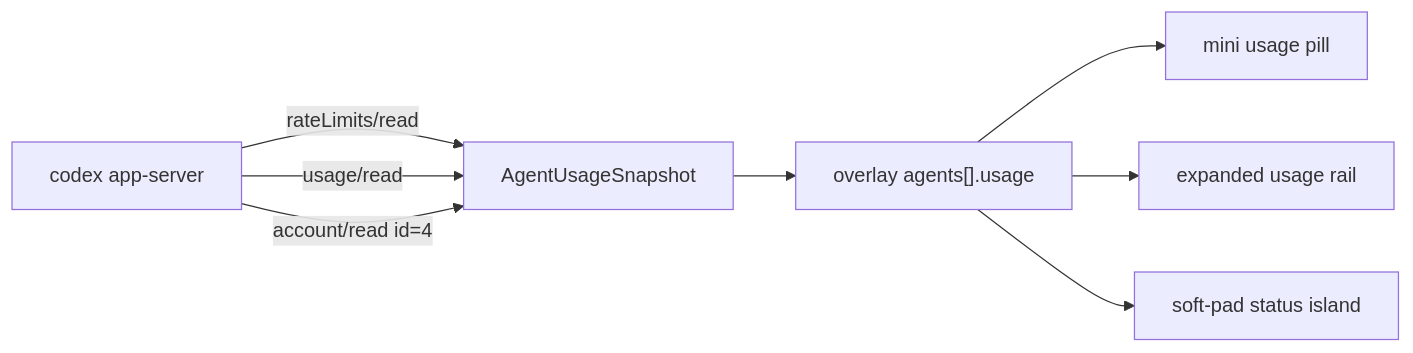
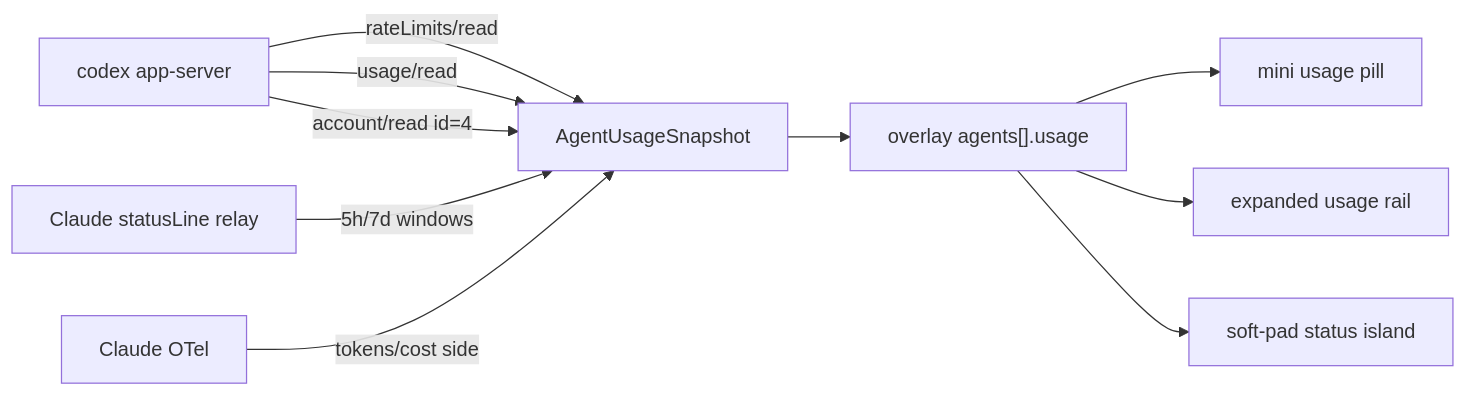
One commit to psterman/onetone changed the diagram in docs/soft-pad-usage-phase-b.md. Above: the diagram before and after it, drawn with Mermaid. The commit also changed other lines of this file and 25 other files, not shown here.

````diff
--- a/docs/soft-pad-usage-phase-b.md
+++ b/docs/soft-pad-usage-phase-b.md
@@ -86,12 +86,14 @@
 ```mermaid
 flowchart LR
   AppServer["codex app-server"]
   AppServer -->|"rateLimits/read"| Store
   AppServer -->|"usage/read"| Store
   AppServer -->|"account/read id=4"| Store
+  StatusLine["Claude statusLine relay"] -->|"5h/7d windows"| Store
+  OTel["Claude OTel"] -->|"tokens/cost side"| Store
   Store["AgentUsageSnapshot"]
   Store --> Overlay["overlay agents[].usage"]
   Overlay --> Mini["mini usage pill"]
   Overlay --> Rail["expanded usage rail"]
   Overlay --> Settings["soft-pad status island"]
 ```
````
